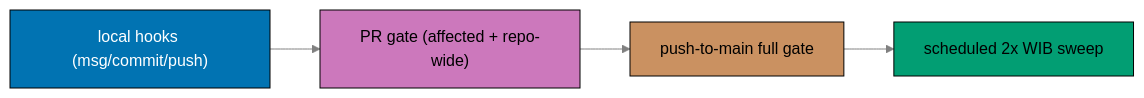
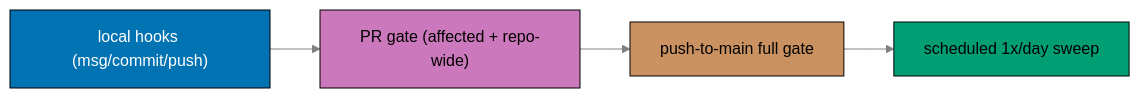
Before and after one commit to wahidyankf/ose-primer: the third of 8 diagrams in plans/in-progress/standardize-repo-toolchain-parity/tech-docs.md, drawn with Mermaid. The commit also changed other lines of this file and 4 other files, not shown here.

First line of the commit message:
docs(plans): rhino-cli scope-based regroup + uniform grammar + test-lifecycle architecture

````diff
--- a/plans/in-progress/standardize-repo-toolchain-parity/tech-docs.md
+++ b/plans/in-progress/standardize-repo-toolchain-parity/tech-docs.md
@@ -617,16 +671,16 @@
 ```mermaid
 %% CI lifecycle stages (local hooks expand commit-msg/pre-commit/pre-push)
 flowchart LR
   LOCAL["local hooks (msg/commit/push)"]
   PR["PR gate (affected + repo-wide)"]
   MAIN["push-to-main full gate"]
-  SCHED["scheduled 2x WIB sweep"]
+  SCHED["scheduled 1x/day sweep"]
 
   LOCAL --> PR --> MAIN --> SCHED
 
   linkStyle default stroke:#808080,stroke-width:1px
   style LOCAL fill:#0173B2,stroke:#000000,color:#FFFFFF
   style PR fill:#CC78BC,stroke:#000000,color:#000000
   style MAIN fill:#CA9161,stroke:#000000,color:#000000
   style SCHED fill:#029E73,stroke:#000000,color:#000000
 ```
````
